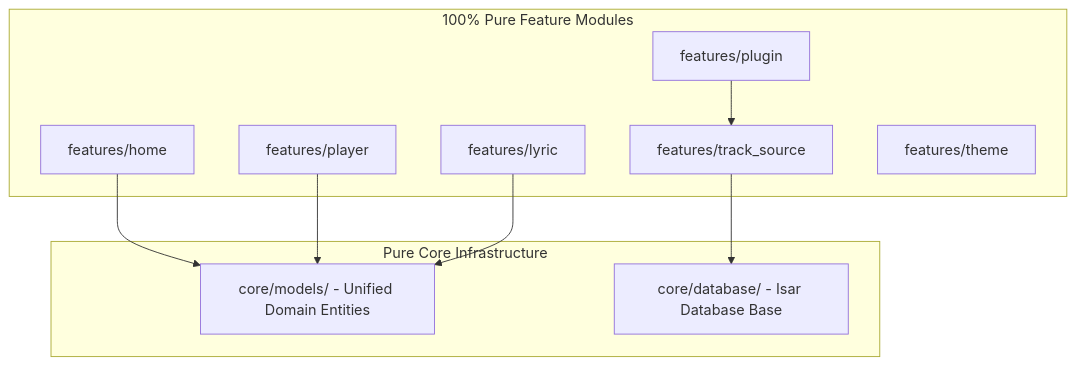
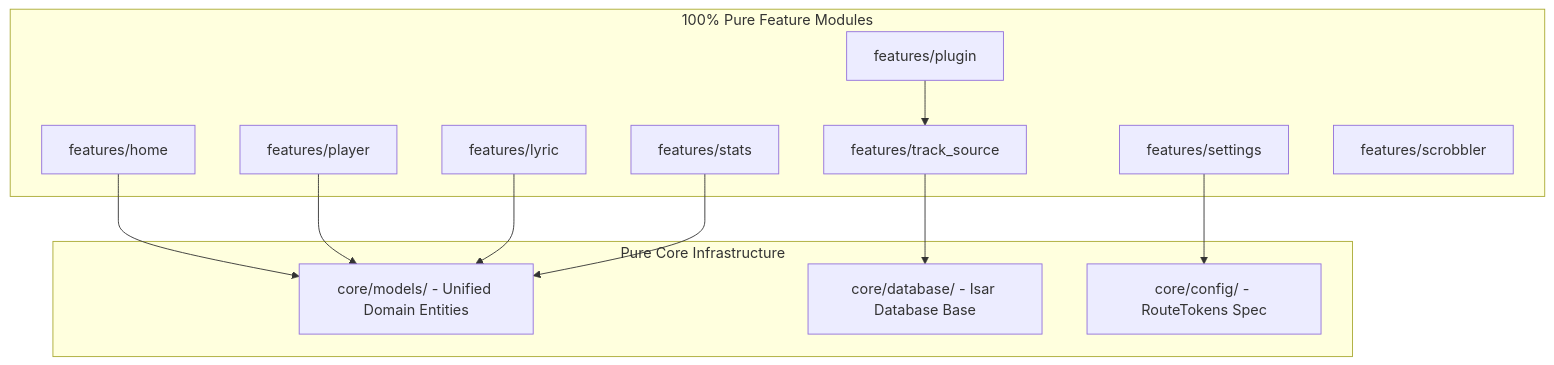
Before and after one commit to choicenew/musicoly: the second of 2 diagrams in docs/PRODUCT_DEVELOPMENT_HANDBOOK.md, drawn with Mermaid. The commit also changed other lines of this file, not shown here.

Commit message:
docs: rewrite comprehensive PRODUCT_DEVELOPMENT_HANDBOOK integrating all features and protocols

````diff
--- a/docs/PRODUCT_DEVELOPMENT_HANDBOOK.md
+++ b/docs/PRODUCT_DEVELOPMENT_HANDBOOK.md
@@ -86,22 +135,27 @@
 ```mermaid
 graph TB
     subgraph 100% Pure Feature Modules
         Home[features/home]
         Player[features/player]
         Plugin[features/plugin]
         TrackSource[features/track_source]
         Lyric[features/lyric]
-        Theme[features/theme]
+        Stats[features/stats]
+        Settings[features/settings]
+        Scrobbler[features/scrobbler]
     end
 
     subgraph Pure Core Infrastructure
         DomainModels[core/models/ - Unified Domain Entities]
         IsarDB[core/database/ - Isar Database Base]
+        RouteTokens[core/config/ - RouteTokens Spec]
     end
 
     Home --> DomainModels
     Player --> DomainModels
     Plugin --> TrackSource
     TrackSource --> IsarDB
     Lyric --> DomainModels
+    Stats --> DomainModels
+    Settings --> RouteTokens
 ```
````
